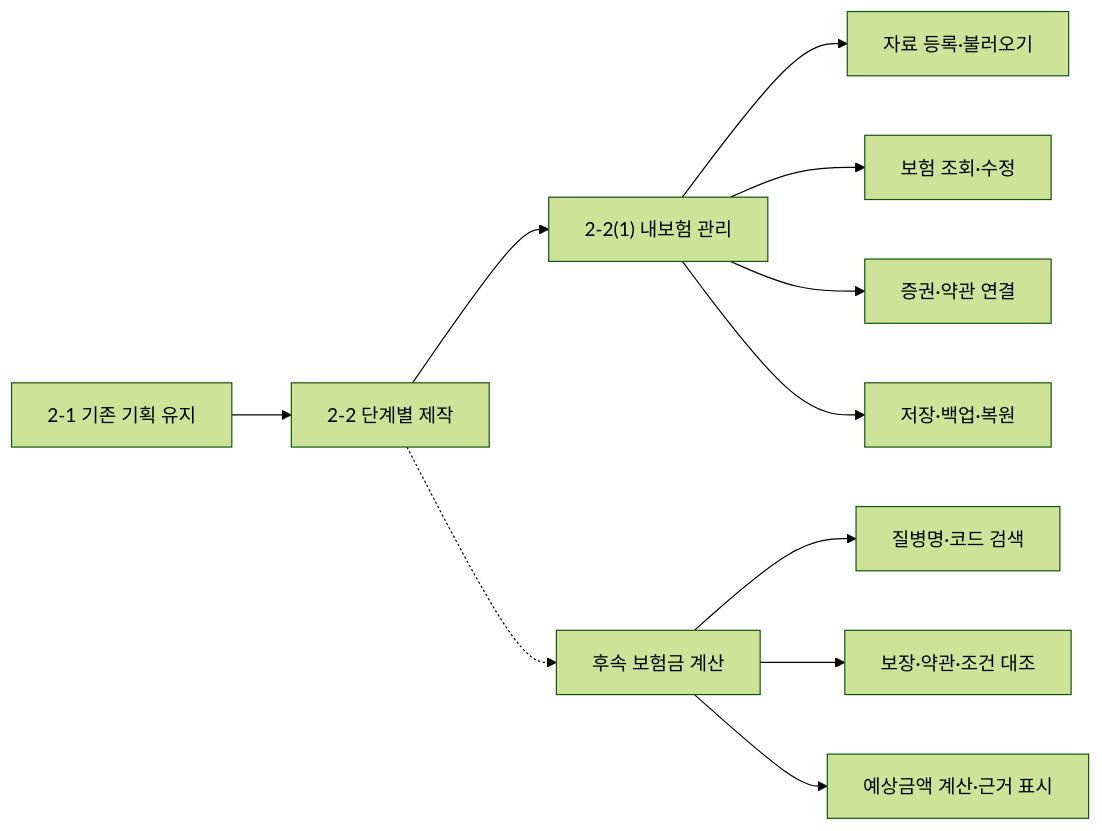
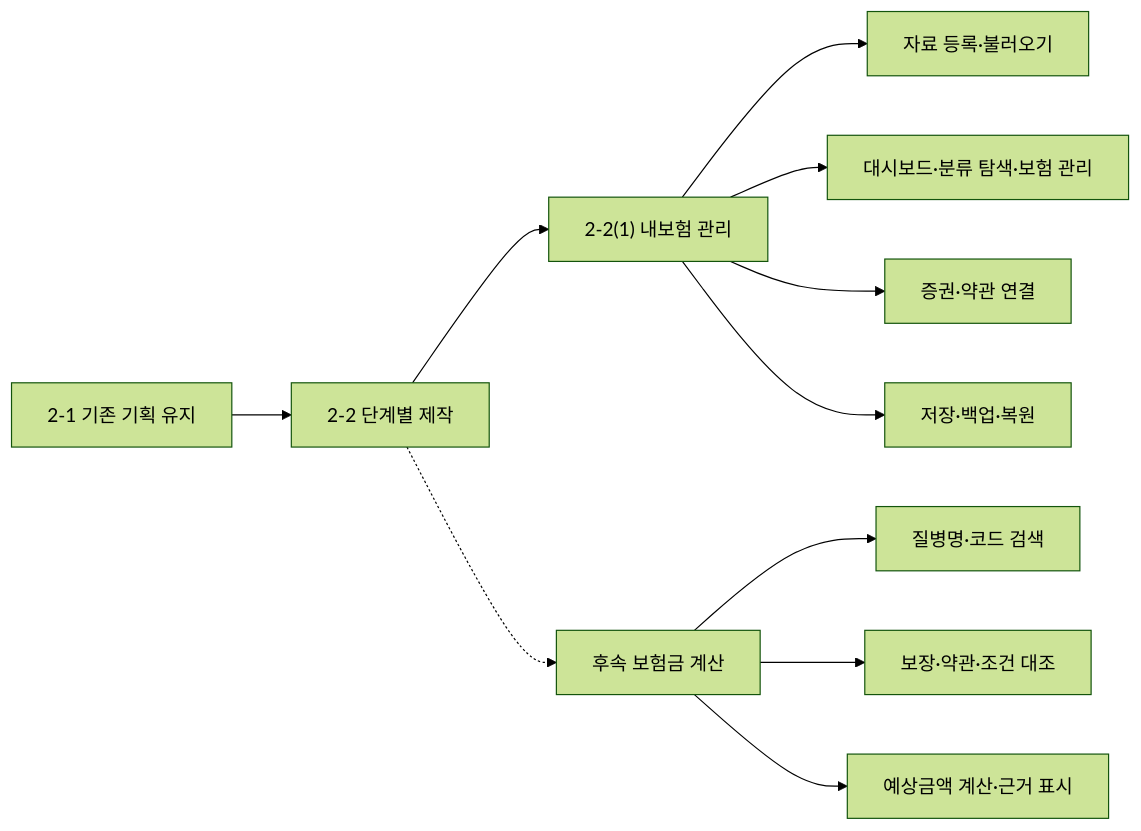
One commit to blue592/hidden-insurance-manager changed the first of 2 diagrams in 미션2-2_1_내보험관리_개발기획서.md. Above: the diagram before and after it, drawn with Mermaid (forest theme). The commit also changed other lines of this file, not shown here.

````diff
--- a/미션2-2_1_내보험관리_개발기획서.md
+++ b/미션2-2_1_내보험관리_개발기획서.md
@@ -62,13 +62,13 @@
 ```mermaid
 flowchart LR
     A["2-1 기존 기획 유지"] --> B["2-2 단계별 제작"]
     B --> C["2-2(1) 내보험 관리"]
     B -.-> D["후속 보험금 계산"]
     C --> C1["자료 등록·불러오기"]
-    C --> C2["보험 조회·수정"]
+    C --> C2["대시보드·분류 탐색·보험 관리"]
     C --> C3["증권·약관 연결"]
     C --> C4["저장·백업·복원"]
     D --> D1["질병명·코드 검색"]
     D --> D2["보장·약관·조건 대조"]
     D --> D3["예상금액 계산·근거 표시"]
 ```
````
